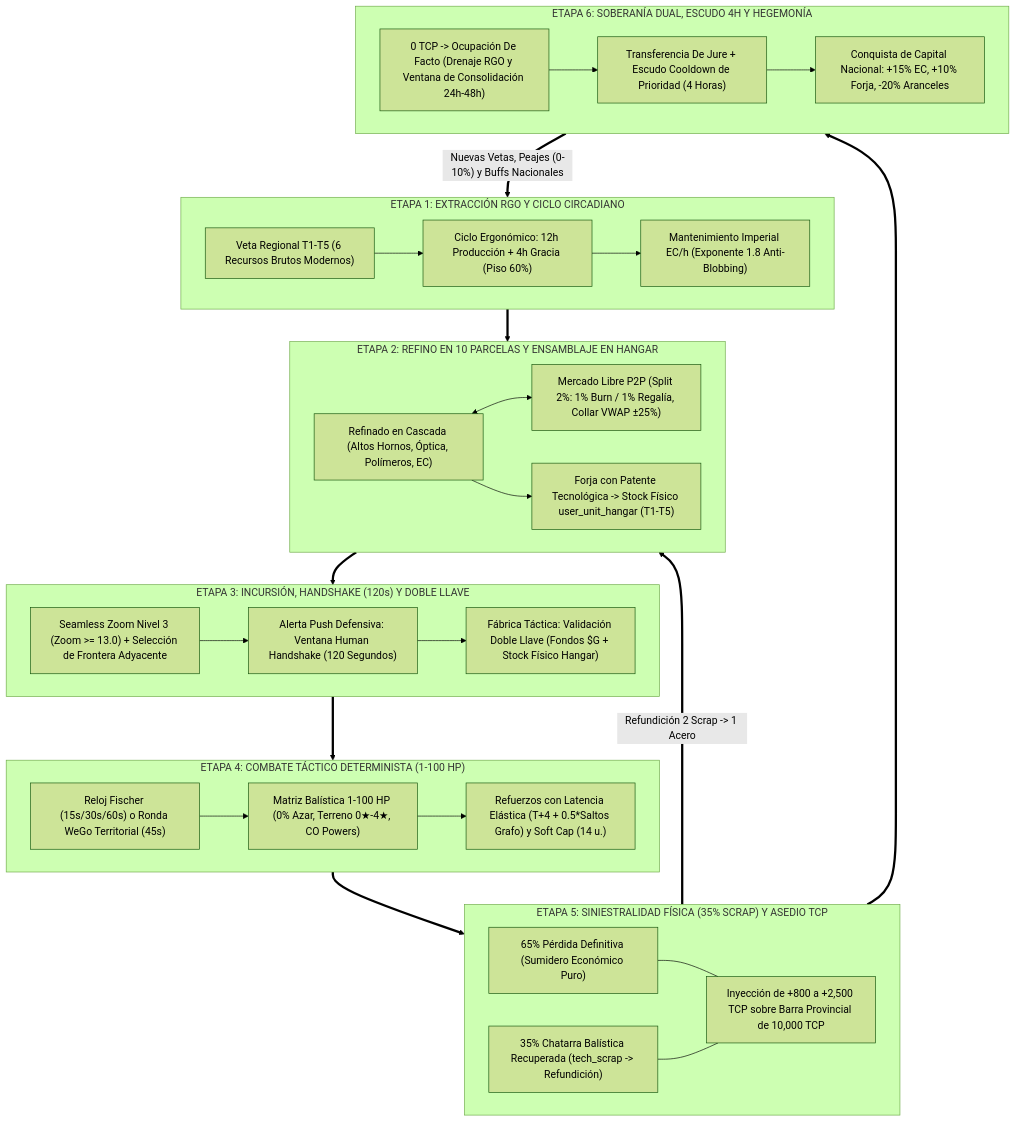
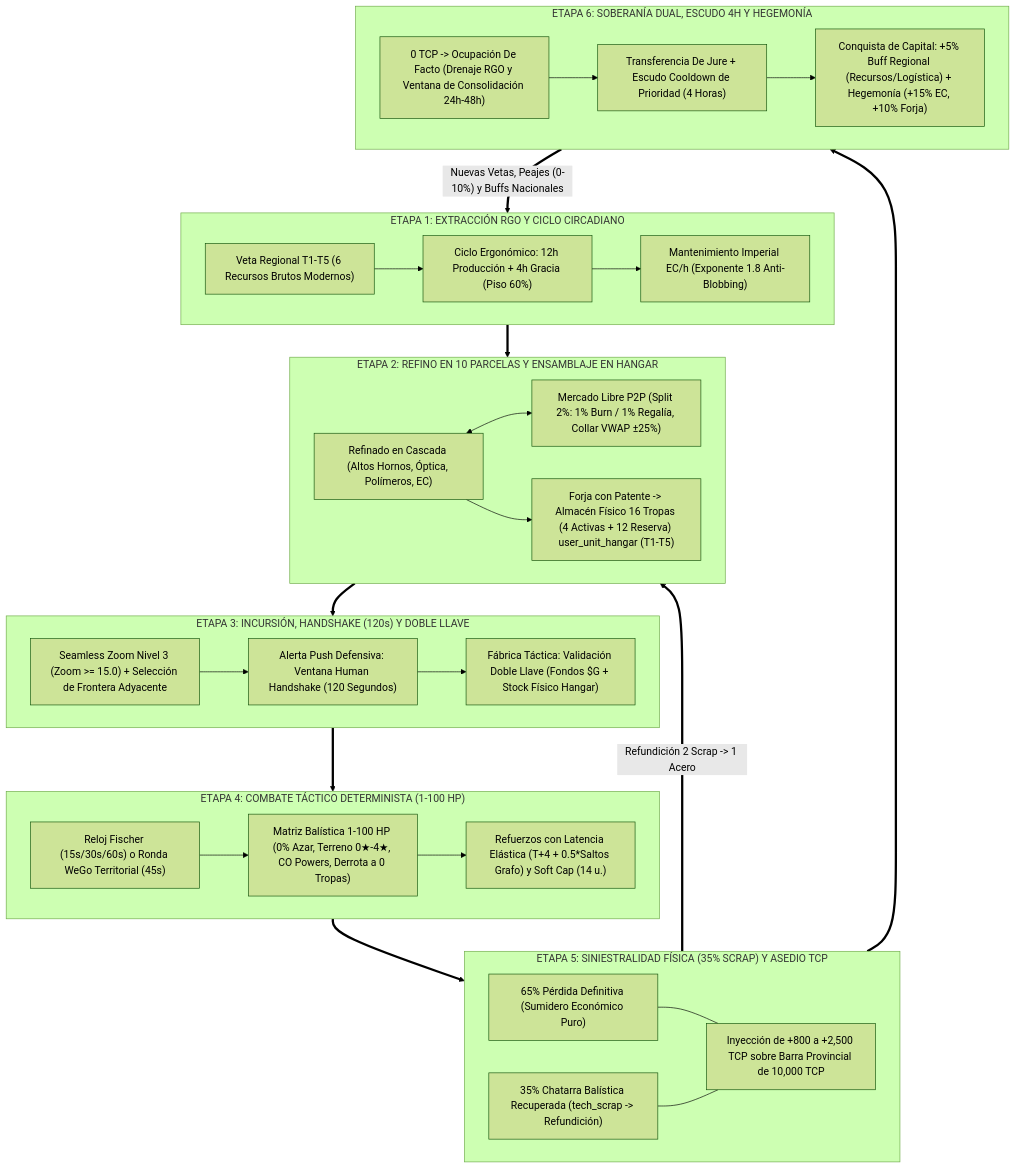
The second of 6 diagrams in docs/00_GEOTACTICS_ONLINE_MASTER_SPEC.md (davikisea/GEOTACTICS-ONLINE), drawn with Mermaid (forest theme) before and after one commit. The commit also changed other lines of this file and 352 other files, not shown here.

Commit message:
feat(architecture): migración modular a 4 dominios (@domains/*), consolidación de base de datos y sincronización de suites deterministas

````diff
--- a/docs/00_GEOTACTICS_ONLINE_MASTER_SPEC.md
+++ b/docs/00_GEOTACTICS_ONLINE_MASTER_SPEC.md
@@ -127,53 +127,53 @@
 ```mermaid
 flowchart TD
     subgraph ETAPA_1 ["ETAPA 1: EXTRACCIÓN RGO Y CICLO CIRCADIANO"]
         E1_VETA["Veta Regional T1-T5 (6 Recursos Brutos Modernos)"]
         E1_CICLO["Ciclo Ergonómico: 12h Producción + 4h Gracia (Piso 60%)"]
         E1_UPKEEP["Mantenimiento Imperial EC/h (Exponente 1.8 Anti-Blobbing)"]
         E1_VETA --> E1_CICLO --> E1_UPKEEP
     end
 
     subgraph ETAPA_2 ["ETAPA 2: REFINO EN 10 PARCELAS Y ENSAMBLAJE EN HANGAR"]
         E2_REF["Refinado en Cascada (Altos Hornos, Óptica, Polímeros, EC)"]
         E2_MKT["Mercado Libre P2P (Split 2%: 1% Burn / 1% Regalía, Collar VWAP ±25%)"]
-        E2_ASM["Forja con Patente Tecnológica -> Stock Físico user_unit_hangar (T1-T5)"]
+        E2_ASM["Forja con Patente -> Almacén Físico 16 Tropas (4 Activas + 12 Reserva) user_unit_hangar (T1-T5)"]
         E2_REF <--> E2_MKT
         E2_REF --> E2_ASM
     end
 
     subgraph ETAPA_3 ["ETAPA 3: INCURSIÓN, HANDSHAKE (120s) Y DOBLE LLAVE"]
-        E3_ZOOM["Seamless Zoom Nivel 3 (Zoom >= 13.0) + Selección de Frontera Adyacente"]
+        E3_ZOOM["Seamless Zoom Nivel 3 (Zoom >= 15.0) + Selección de Frontera Adyacente"]
         E3_HAND["Alerta Push Defensiva: Ventana Human Handshake (120 Segundos)"]
         E3_KEY["Fábrica Táctica: Validación Doble Llave (Fondos $G + Stock Físico Hangar)"]
         E3_ZOOM --> E3_HAND --> E3_KEY
     end
 
     subgraph ETAPA_4 ["ETAPA 4: COMBATE TÁCTICO DETERMINISTA (1-100 HP)"]
         E4_CLOCK["Reloj Fischer (15s/30s/60s) o Ronda WeGo Territorial (45s)"]
-        E4_BALLISTIC["Matriz Balística 1-100 HP (0% Azar, Terreno 0★-4★, CO Powers)"]
+        E4_BALLISTIC["Matriz Balística 1-100 HP (0% Azar, Terreno 0★-4★, CO Powers, Derrota a 0 Tropas)"]
         E4_REINF["Refuerzos con Latencia Elástica (T+4 + 0.5*Saltos Grafo) y Soft Cap (14 u.)"]
         E4_CLOCK --> E4_BALLISTIC --> E4_REINF
     end
 
     subgraph ETAPA_5 ["ETAPA 5: SINIESTRALIDAD FÍSICA (35% SCRAP) Y ASEDIO TCP"]
         E5_SINK["65% Pérdida Definitiva (Sumidero Económico Puro)"]
         E5_SCRAP["35% Chatarra Balística Recuperada (tech_scrap -> Refundición)"]
         E5_TCP["Inyección de +800 a +2,500 TCP sobre Barra Provincial de 10,000 TCP"]
         E5_SINK & E5_SCRAP --- E5_TCP
     end
 
     subgraph ETAPA_6 ["ETAPA 6: SOBERANÍA DUAL, ESCUDO 4H Y HEGEMONÍA"]
         E6_DE_FACTO["0 TCP -> Ocupación De Facto (Drenaje RGO y Ventana de Consolidación 24h-48h)"]
         E6_SHIELD["Transferencia De Jure + Escudo Cooldown de Prioridad (4 Horas)"]
-        E6_CAPITAL["Conquista de Capital Nacional: +15% EC, +10% Forja, -20% Aranceles"]
+        E6_CAPITAL["Conquista de Capital: +5% Buff Regional (Recursos/Logística) + Hegemonía (+15% EC, +10% Forja)"]
         E6_DE_FACTO --> E6_SHIELD --> E6_CAPITAL
     end
 
     ETAPA_1 ==> ETAPA_2
     ETAPA_2 ==> ETAPA_3
     ETAPA_3 ==> ETAPA_4
     ETAPA_4 ==> ETAPA_5
     ETAPA_5 ==>|"Refundición 2 Scrap -> 1 Acero"| ETAPA_2
     ETAPA_5 ==> ETAPA_6
     ETAPA_6 ==>|"Nuevas Vetas, Peajes (0-10%) y Buffs Nacionales"| ETAPA_1
 ```
````
